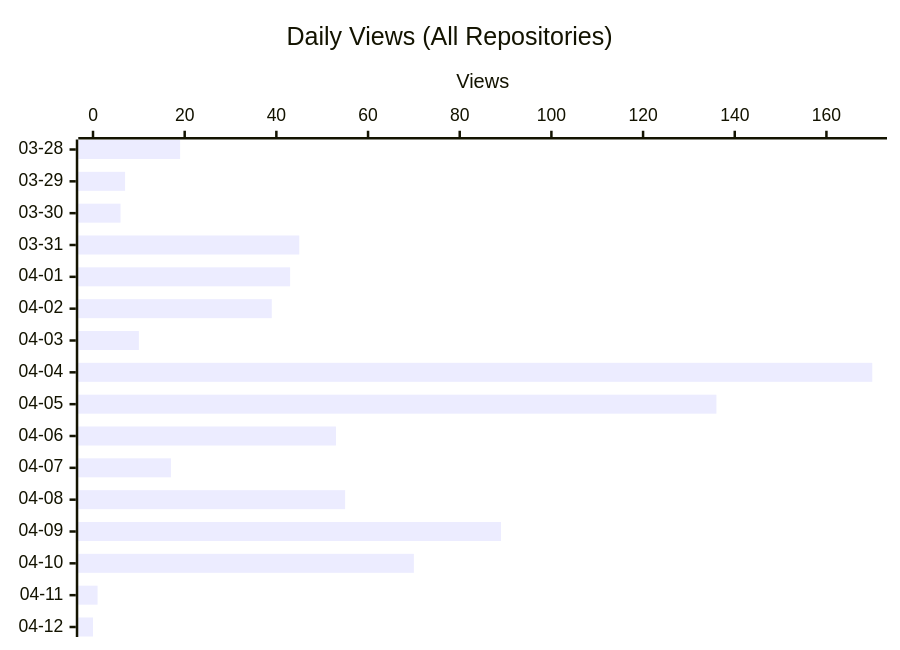
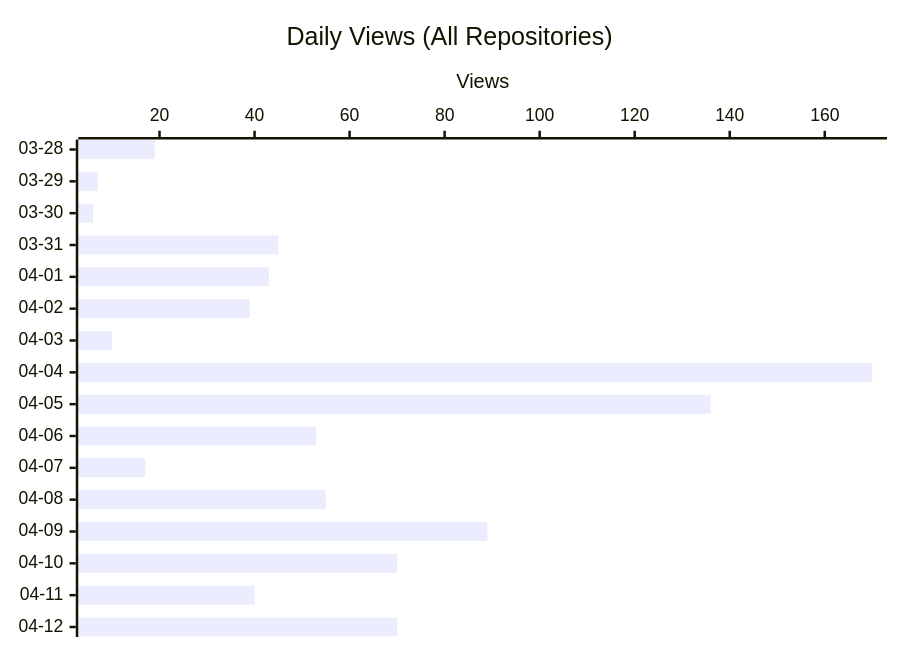
The second of 3 diagrams in README.md (shigechika/github-insights), drawn with Mermaid before and after one commit. The commit also changed other lines of this file and 1 other file, not shown here.

````diff
--- a/README.md
+++ b/README.md
@@ -42,7 +42,7 @@
 ```mermaid
 xychart-beta horizontal
     title "Daily Views (All Repositories)"
     x-axis ["03-28", "03-29", "03-30", "03-31", "04-01", "04-02", "04-03", "04-04", "04-05", "04-06", "04-07", "04-08", "04-09", "04-10", "04-11", "04-12"]
     y-axis "Views"
-    bar [19, 7, 6, 45, 43, 39, 10, 170, 136, 53, 17, 55, 89, 70, 1, 0]
+    bar [19, 7, 6, 45, 43, 39, 10, 170, 136, 53, 17, 55, 89, 70, 40, 70]
 ```
````
